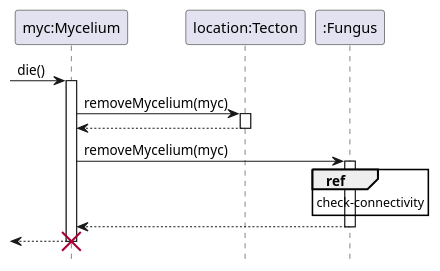
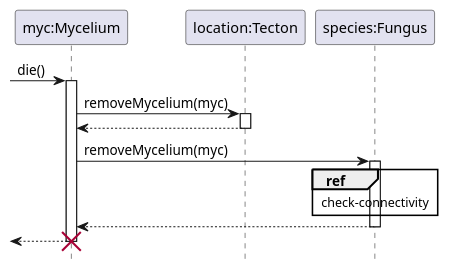
Before and after one commit to ZD4ve/projlab-error521: the diagram in Mycelium/mycelium-death.pu, drawn with PlantUML. The commit also changed 3 other files, not shown here.

```diff
--- a/Mycelium/mycelium-death.pu
+++ b/Mycelium/mycelium-death.pu
@@ -1,26 +1,26 @@
 @startuml Mycelium/mycelium-death
 hide footbox
 
 participant "myc:Mycelium" as mycelium
 participant "location:Tecton" as location
-participant ":Fungus" as fungus
+participant "species:Fungus" as fungus
 
 -> mycelium: die()
 activate mycelium
 
 mycelium -> location : removeMycelium(myc)
 activate location
 return
 
 
 mycelium -> fungus : removeMycelium(myc)
 activate fungus
 ref over fungus
     check-connectivity
 end ref
 return
 
 <-- mycelium
 destroy mycelium
 
 @enduml
```
